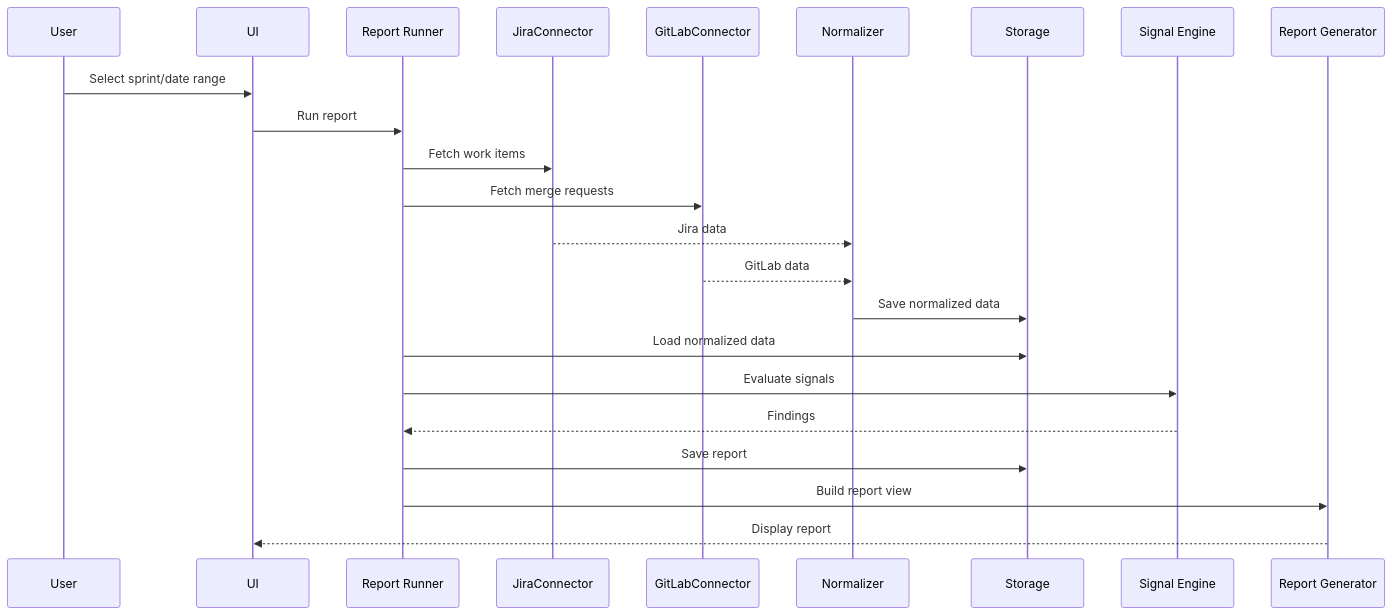
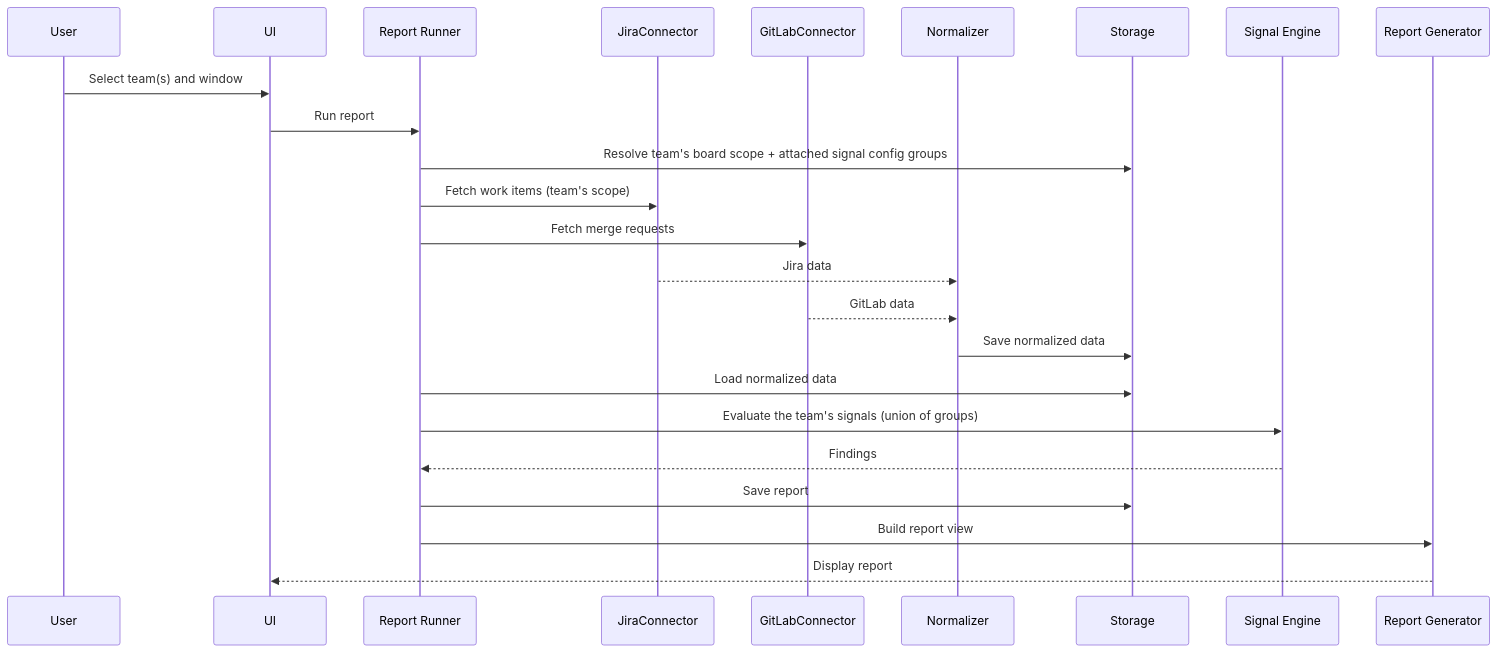
One commit to serdartas/em-radar changed the seventh of 7 diagrams in docs/03-architecture-overview.md. Above: the diagram before and after it, drawn with Mermaid. The commit also changed other lines of this file and 143 other files, not shown here.

````diff
--- a/docs/03-architecture-overview.md
+++ b/docs/03-architecture-overview.md
@@ -998,26 +1011,27 @@
 ```mermaid
 sequenceDiagram
     participant User
     participant UI
     participant Runner as Report Runner
     participant JiraConnector
     participant GitLabConnector
     participant Normalizer
     participant Store as Storage
     participant Engine as Signal Engine
     participant Report as Report Generator
 
-    User->>UI: Select sprint/date range
+    User->>UI: Select team(s) and window
     UI->>Runner: Run report
-    Runner->>JiraConnector: Fetch work items
+    Runner->>Store: Resolve team's board scope + attached signal config groups
+    Runner->>JiraConnector: Fetch work items (team's scope)
     Runner->>GitLabConnector: Fetch merge requests
     JiraConnector-->>Normalizer: Jira data
     GitLabConnector-->>Normalizer: GitLab data
     Normalizer->>Store: Save normalized data
     Runner->>Store: Load normalized data
-    Runner->>Engine: Evaluate signals
+    Runner->>Engine: Evaluate the team's signals (union of groups)
     Engine-->>Runner: Findings
     Runner->>Store: Save report
     Runner->>Report: Build report view
     Report-->>UI: Display report
 ```
````
